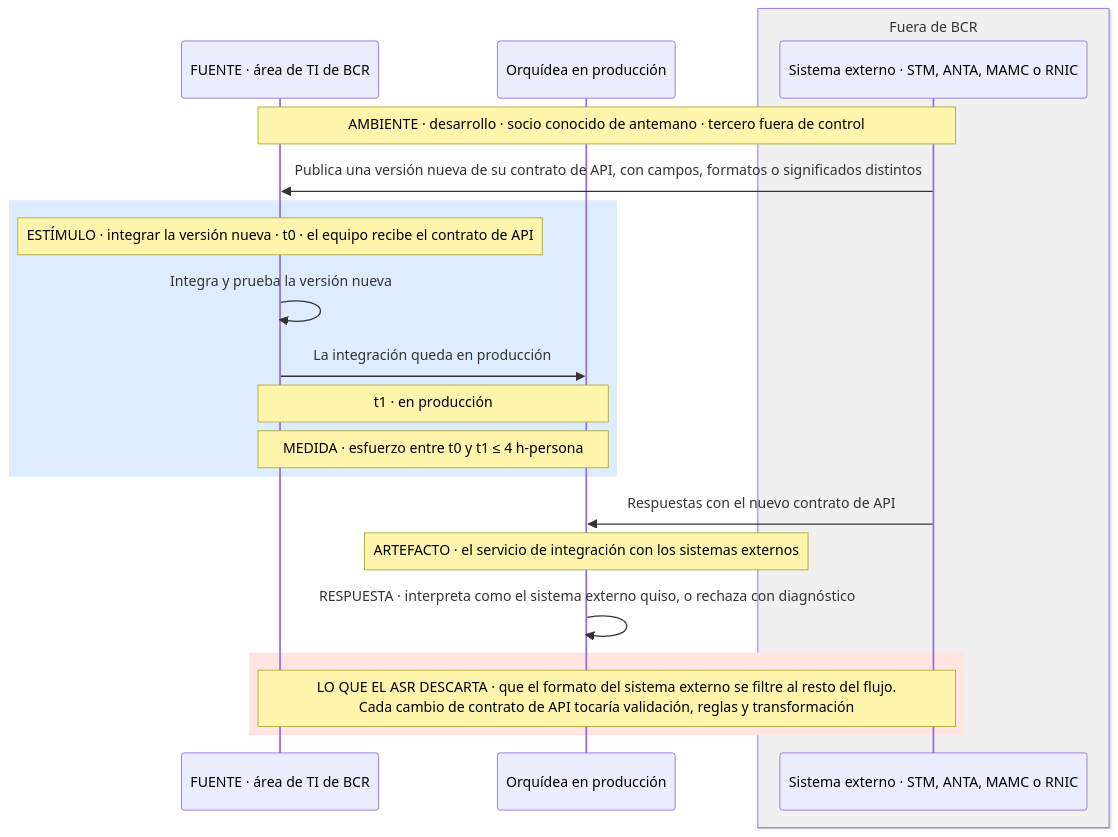
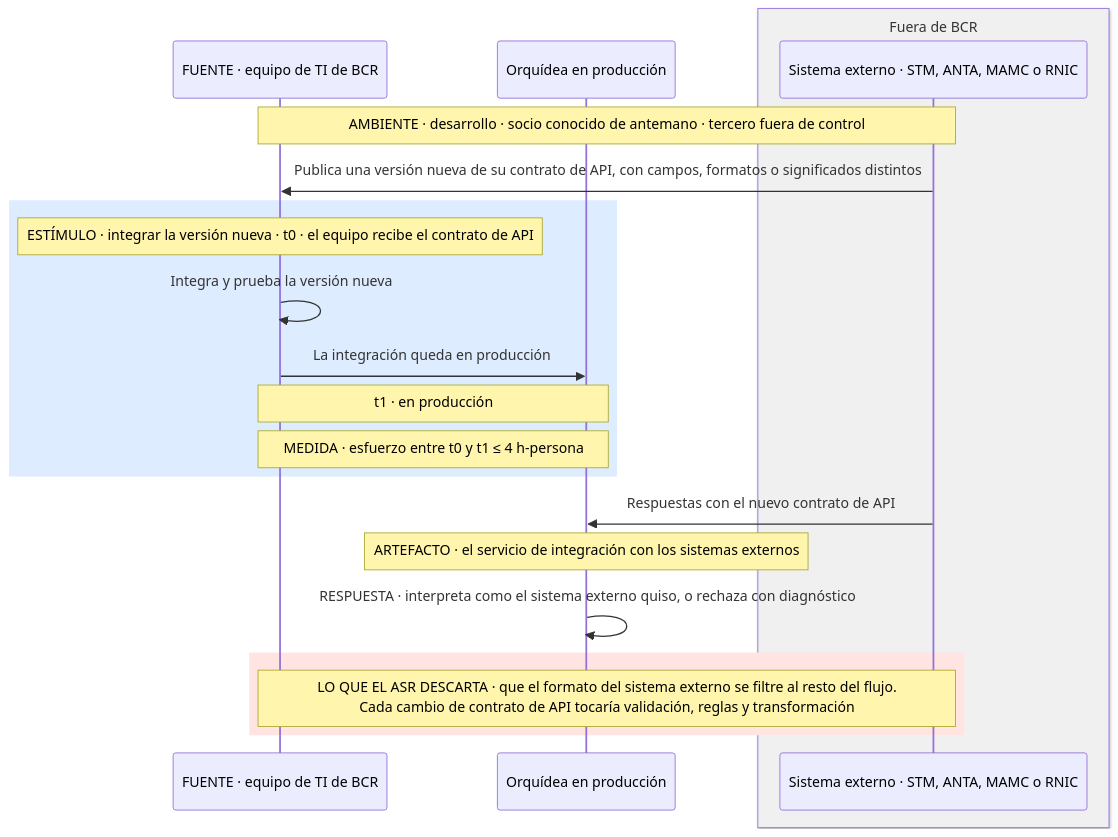
Before and after one commit to MATI-MBIT/arqsoft-reto-4: the seventh of 17 diagrams in docs/quality-attributes.md, drawn with Mermaid. The commit also changed other lines of this file and 1 other file, not shown here.

````diff
--- a/docs/quality-attributes.md
+++ b/docs/quality-attributes.md
@@ -395,23 +394,23 @@
 ```mermaid
 sequenceDiagram
-    participant T as FUENTE · área de TI de BCR
+    participant T as FUENTE · equipo de TI de BCR
     participant O as Orquídea en producción
     box rgb(240,240,240) Fuera de BCR
     participant N as Sistema externo · STM, ANTA, MAMC o RNIC
     end
     Note over T,N: AMBIENTE · desarrollo · socio conocido de antemano · tercero fuera de control
     N->>T: Publica una versión nueva de su contrato de API, con campos, formatos o significados distintos
     rect rgb(222, 236, 255)
     Note over T: ESTÍMULO · integrar la versión nueva · t0 · el equipo recibe el contrato de API
     T->>T: Integra y prueba la versión nueva
     T->>O: La integración queda en producción
     Note over T,O: t1 · en producción
     Note over T,O: MEDIDA · esfuerzo entre t0 y t1 ≤ 4 h-persona
     end
     N->>O: Respuestas con el nuevo contrato de API
     Note over O: ARTEFACTO · el servicio de integración con los sistemas externos
     O->>O: RESPUESTA · interpreta como el sistema externo quiso, o rechaza con diagnóstico
     rect rgb(255, 228, 225)
     Note over T,N: LO QUE EL ASR DESCARTA · que el formato del sistema externo se filtre al resto del flujo.<br/>Cada cambio de contrato de API tocaría validación, reglas y transformación
     end
 ```
````
